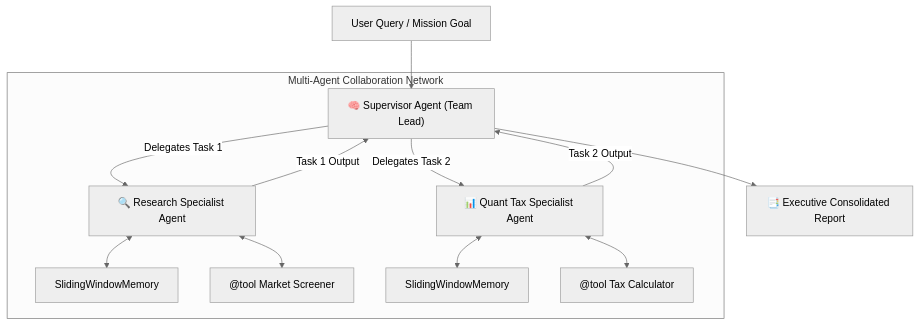
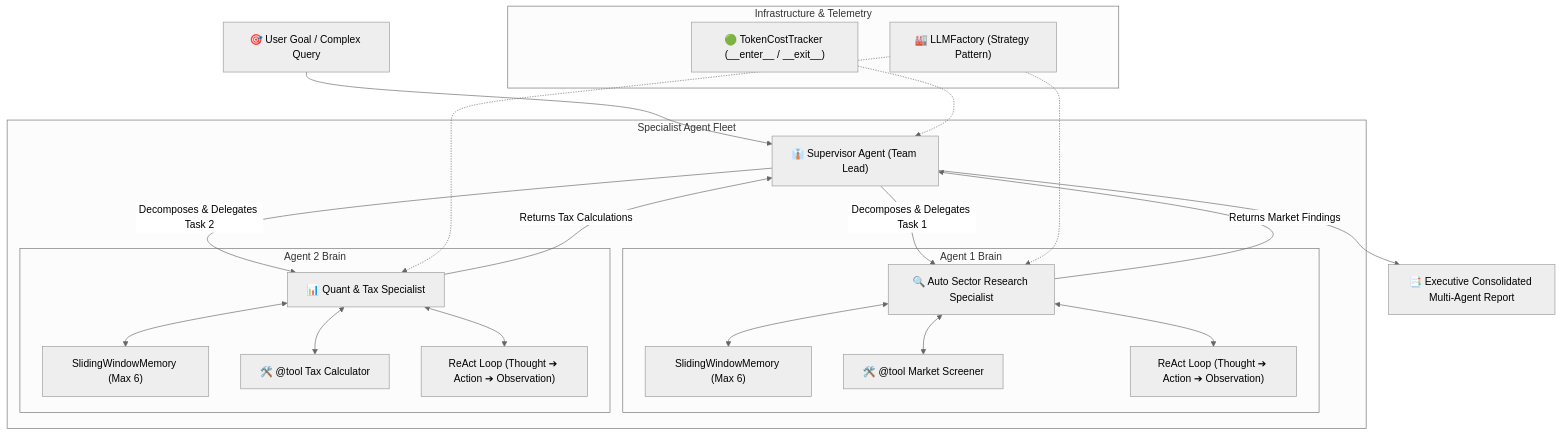
One commit to Kunal-byte11/Modular-Multi-Agent-AI-Framework changed the diagram in README.md. Above: the diagram before and after it, drawn with Mermaid (neutral theme). The commit also changed other lines of this file, not shown here.

Commit message:
docs: add comprehensive README with architecture, OOP deep-dive, test guide, and YouTube creator blueprint

````diff
--- a/README.md
+++ b/README.md
@@ -11,20 +40,32 @@
 ```mermaid
 graph TD
-    User["User Query / Mission Goal"] --> Supervisor["🧠 Supervisor Agent (Team Lead)"]
+    UserQuery["🎯 User Goal / Complex Query"] --> Supervisor["👔 Supervisor Agent (Team Lead)"]
+
+    subgraph "Specialist Agent Fleet"
+        Supervisor -->|Decomposes & Delegates Task 1| Agent1["🔍 Auto Sector Research Specialist"]
+        Supervisor -->|Decomposes & Delegates Task 2| Agent2["📊 Quant & Tax Specialist"]
+
+        subgraph "Agent 1 Brain"
+            Agent1 <--> Mem1["SlidingWindowMemory (Max 6)"]
+            Agent1 <--> Tool1["🛠️ @tool Market Screener"]
+            Agent1 <--> Loop1["ReAct Loop (Thought ➔ Action ➔ Observation)"]
+        end
+
+        subgraph "Agent 2 Brain"
+            Agent2 <--> Mem2["SlidingWindowMemory (Max 6)"]
+            Agent2 <--> Tool2["🛠️ @tool Tax Calculator"]
+            Agent2 <--> Loop2["ReAct Loop (Thought ➔ Action ➔ Observation)"]
+        end
+    end
+
+    Agent1 -->|Returns Market Findings| Supervisor
+    Agent2 -->|Returns Tax Calculations| Supervisor
+
+    Supervisor --> FinalReport["📑 Executive Consolidated Multi-Agent Report"]
     
-    subgraph "Multi-Agent Collaboration Network"
-        Supervisor -->|Delegates Task 1| SpecialistA["🔍 Research Specialist Agent"]
-        Supervisor -->|Delegates Task 2| SpecialistB["📊 Quant Tax Specialist Agent"]
-        
-        SpecialistA <--> MemoryA["SlidingWindowMemory"]
-        SpecialistA <--> ToolA["@tool Market Screener"]
-        
-        SpecialistB <--> MemoryB["SlidingWindowMemory"]
-        SpecialistB <--> ToolB["@tool Tax Calculator"]
+    subgraph "Infrastructure & Telemetry"
+        Telemetry["🟢 TokenCostTracker (__enter__ / __exit__)"] -.-> Supervisor
+        Factory["🏭 LLMFactory (Strategy Pattern)"] -.-> Agent1
+        Factory -.-> Agent2
     end
-    
-    SpecialistA -->|Task 1 Output| Supervisor
-    SpecialistB -->|Task 2 Output| Supervisor
-    
-    Supervisor --> Report["📑 Executive Consolidated Report"]
 ```
````
